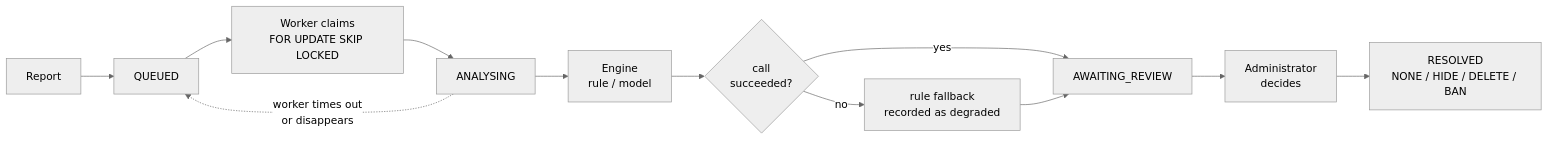
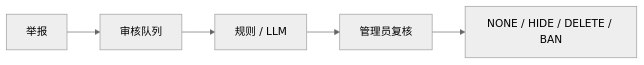
One commit to Mingjie-Mao/De-moderation changed the diagram in README.md. Above: the diagram before and after it, drawn with Mermaid (neutral theme). The commit also changed other lines of this file and 109 other files, not shown here.

````diff
--- a/README.md
+++ b/README.md
@@ -87,14 +55,7 @@
 ```mermaid
 flowchart LR
-    R["Report"] --> C["QUEUED"]
-    C --> W["Worker claims<br/>FOR UPDATE SKIP LOCKED"]
-    W --> A["ANALYSING"]
-    A --> E["Engine<br/>rule / model"]
-    E --> Q{"call<br/>succeeded?"}
-    Q -->|"yes"| AR["AWAITING_REVIEW"]
-    Q -->|"no"| F["rule fallback<br/>recorded as degraded"]
-    F --> AR
-    AR --> ADM["Administrator<br/>decides"]
-    ADM --> RES["RESOLVED<br/>NONE / HIDE / DELETE / BAN"]
-    A -.->|"worker times out<br/>or disappears"| C
+    R["举报"] --> Q["审核队列"]
+    Q --> E["规则 / LLM"]
+    E --> A["管理员复核"]
+    A --> D["NONE / HIDE / DELETE / BAN"]
 ```
````
